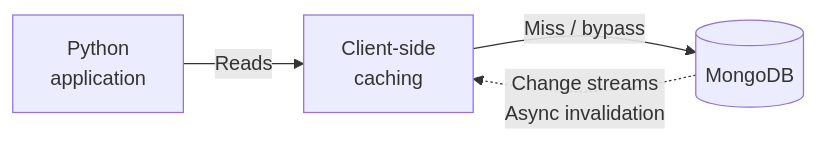
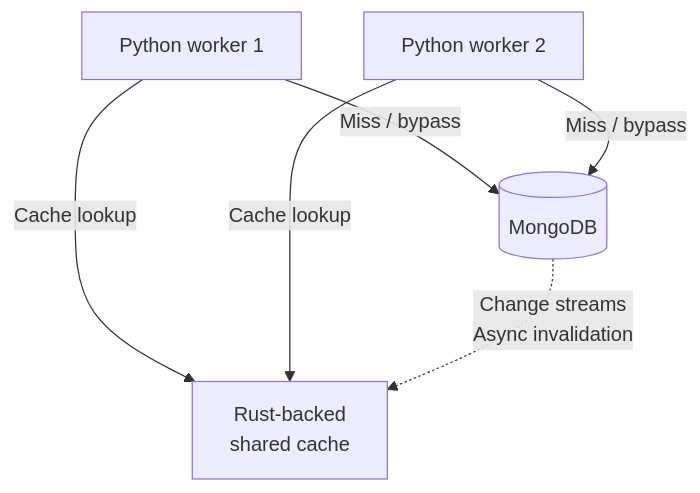
Before and after one commit to alessio-locatelli/client-query-cache: the diagram in README.md, drawn with Mermaid. The commit also changed other lines of this file and 40 other files, not shown here.

````diff
--- a/README.md
+++ b/README.md
@@ -10,7 +19,8 @@
 ```mermaid
-%%{init: {"flowchart": {"diagramPadding": 75}}}%%
-flowchart LR
-    App["Python<br/>application"] -->|"Reads"| Cache["Client-side<br/>caching"]
-    Cache -->|"Miss / bypass"| DB[("MongoDB")]
+flowchart TB
+    Worker1["Python worker 1"] -->|"Cache lookup"| Cache["Rust-backed<br/>shared cache"]
+    Worker2["Python worker 2"] -->|"Cache lookup"| Cache
+    Worker1 -->|"Miss / bypass"| DB[("MongoDB")]
+    Worker2 -->|"Miss / bypass"| DB
     DB -.->|"Change streams<br/>Async invalidation"| Cache
 ```
````
